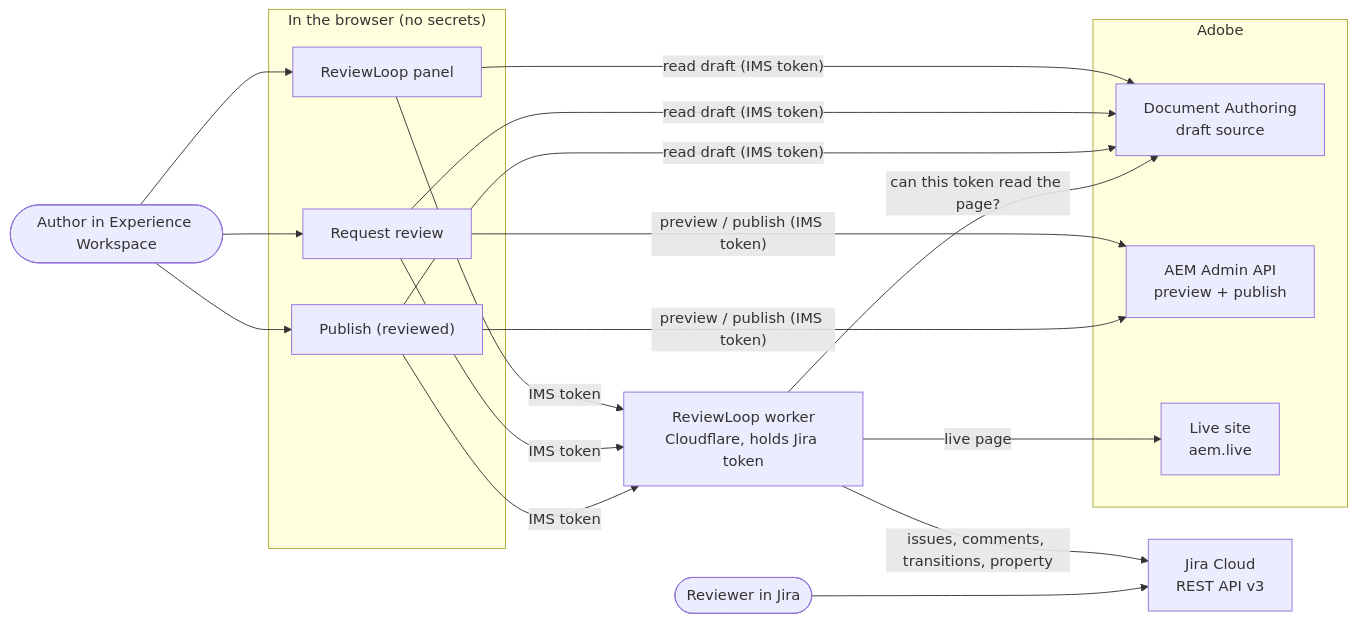
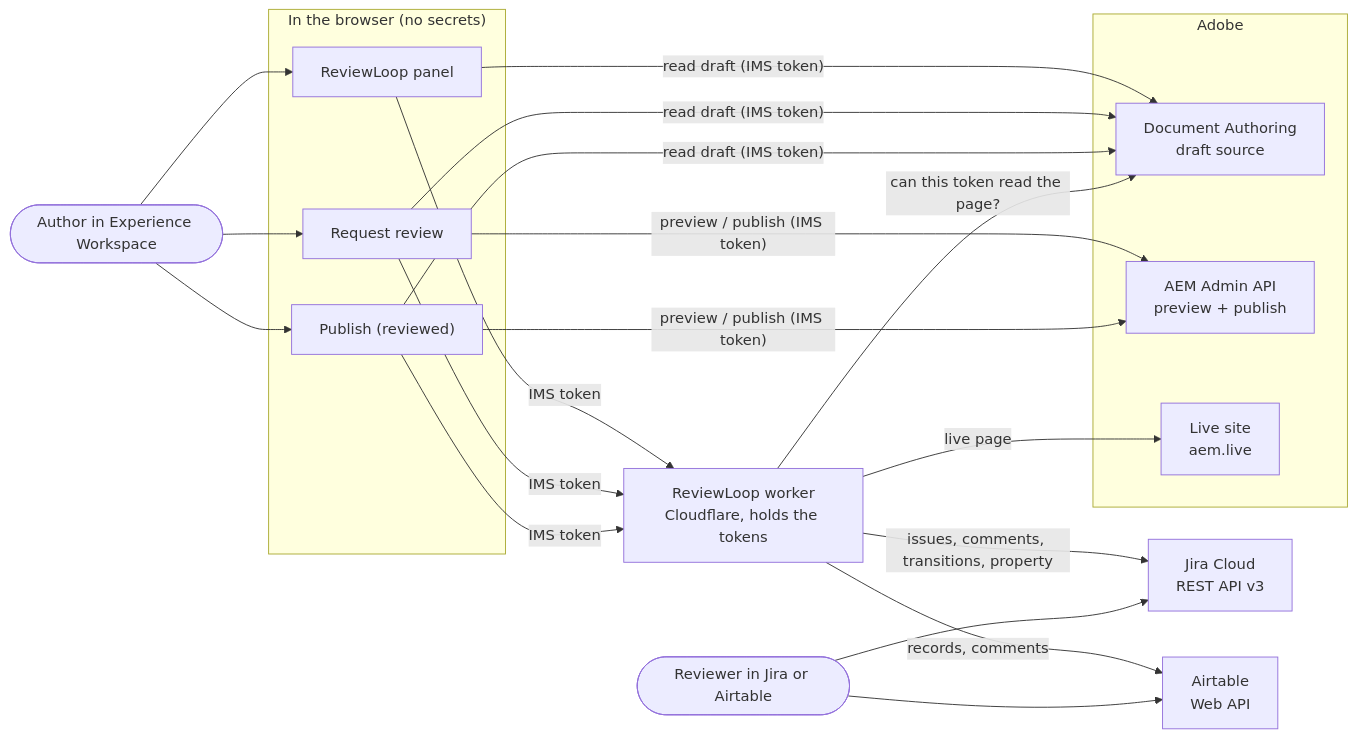
One commit to vipult2022/ew-shareready changed the first of 2 diagrams in tools/reviewloop/README.md. Above: the diagram before and after it, drawn with Mermaid. The commit also changed other lines of this file and 19 other files, not shown here.

First line of the commit message:
ReviewLoop: add Airtable as a review tracker, alongside Jira

````diff
--- a/tools/reviewloop/README.md
+++ b/tools/reviewloop/README.md
@@ -281,26 +332,28 @@
 ```mermaid
 flowchart LR
   author(["Author in Experience Workspace"])
-  reviewer(["Reviewer in Jira"])
+  reviewer(["Reviewer in Jira or Airtable"])
   subgraph browser["In the browser (no secrets)"]
     panel["ReviewLoop panel"]
     request["Request review"]
     publish["Publish (reviewed)"]
   end
   subgraph adobe["Adobe"]
     da["Document Authoring<br/>draft source"]
     admin["AEM Admin API<br/>preview + publish"]
     live["Live site<br/>aem.live"]
   end
-  worker["ReviewLoop worker<br/>Cloudflare, holds Jira token"]
+  worker["ReviewLoop worker<br/>Cloudflare, holds the tokens"]
   jira["Jira Cloud<br/>REST API v3"]
+  airtable["Airtable<br/>Web API"]
 
   author --> panel & request & publish
   panel & request & publish -- "read draft (IMS token)" --> da
   request & publish -- "preview / publish (IMS token)" --> admin
   panel & request & publish -- "IMS token" --> worker
   worker -- "can this token read the page?" --> da
   worker -- "live page" --> live
   worker -- "issues, comments, transitions, property" --> jira
-  reviewer --> jira
+  worker -- "records, comments" --> airtable
+  reviewer --> jira & airtable
 ```
````
